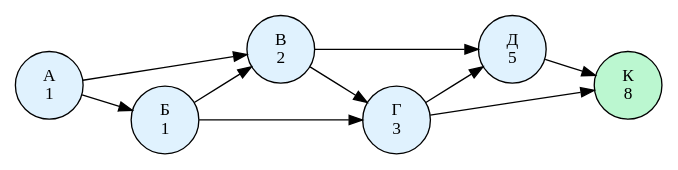
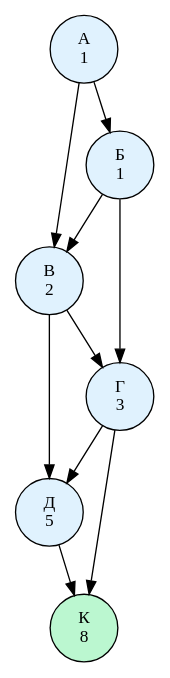
Before and after one commit to kscht/spiridus-docs: the fourth of 11 diagrams in examples/documents/23-informatics.md, drawn with Graphviz. The commit also changed other lines of this file and 56 other files, not shown here.

````diff
--- a/examples/documents/23-informatics.md
+++ b/examples/documents/23-informatics.md
@@ -342,9 +344,9 @@
 ```dot
 digraph {
-  rankdir=LR
+  rankdir=TB
   node [shape=circle, style=filled, fillcolor="#e0f2fe", fontsize=13]
   A [label="A\n1"]; B [label="Б\n1"]; C [label="В\n2"]
   D [label="Г\n3"]; E [label="Д\n5"]; K [label="К\n8", fillcolor="#bbf7d0"]
   A -> B; A -> C; B -> C; B -> D; C -> D; C -> E; D -> E; D -> K; E -> K
 }
 ```
````
